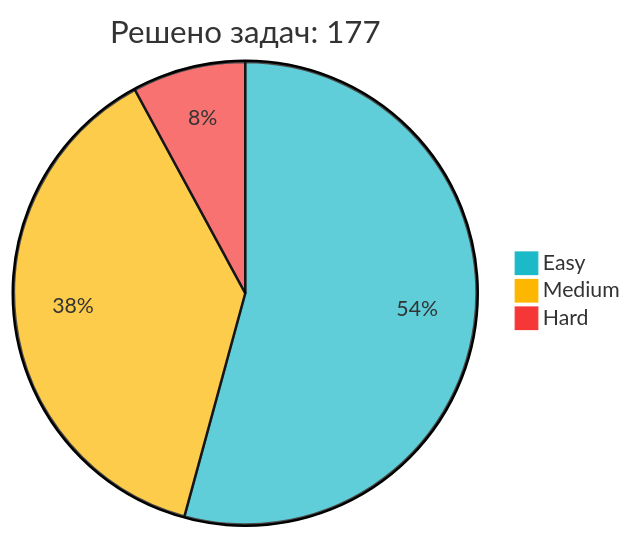
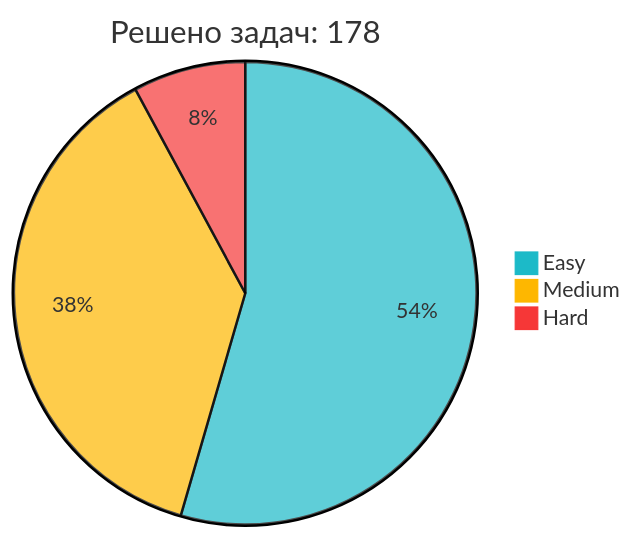
Before and after one commit to IliaKurdukov/IliaKurdukov: the diagram in README.md, drawn with Mermaid. The commit also changed other lines of this file, not shown here.

Commit message:
📈 Обновление статистики LeetCode

````diff
--- a/README.md
+++ b/README.md
@@ -51,7 +51,7 @@
 ```mermaid
 %%{init: {'theme': 'base', 'themeVariables': { 'pie1': '#1CBAC8', 'pie2': '#FEB700', 'pie3': '#F63737' }, 'config': {'width': 300, 'height': 200}}}%%
-pie title Решено задач: 177
-   "Easy" : 96
+pie title Решено задач: 178
+   "Easy" : 97
    "Medium" : 67
    "Hard" : 14
 ```
````
